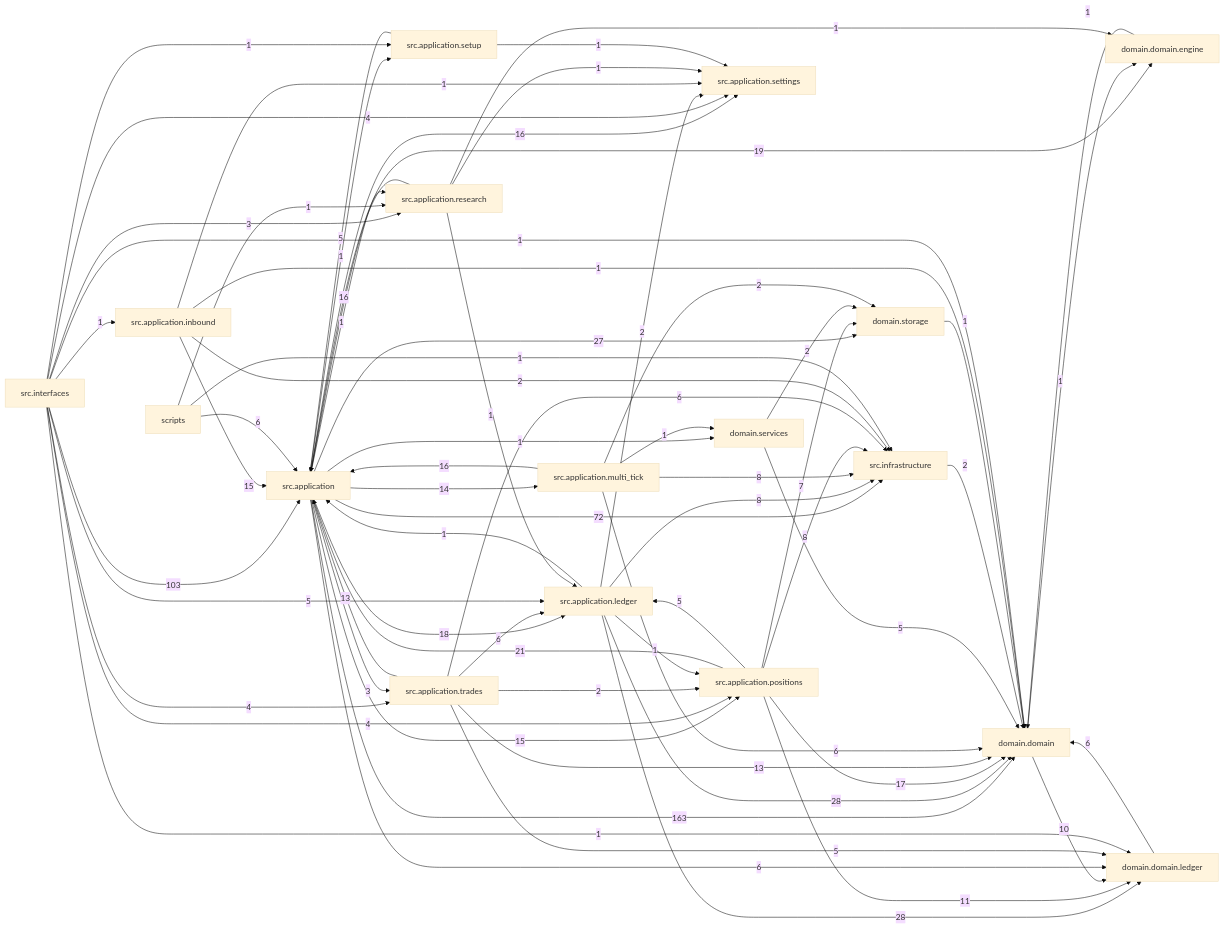
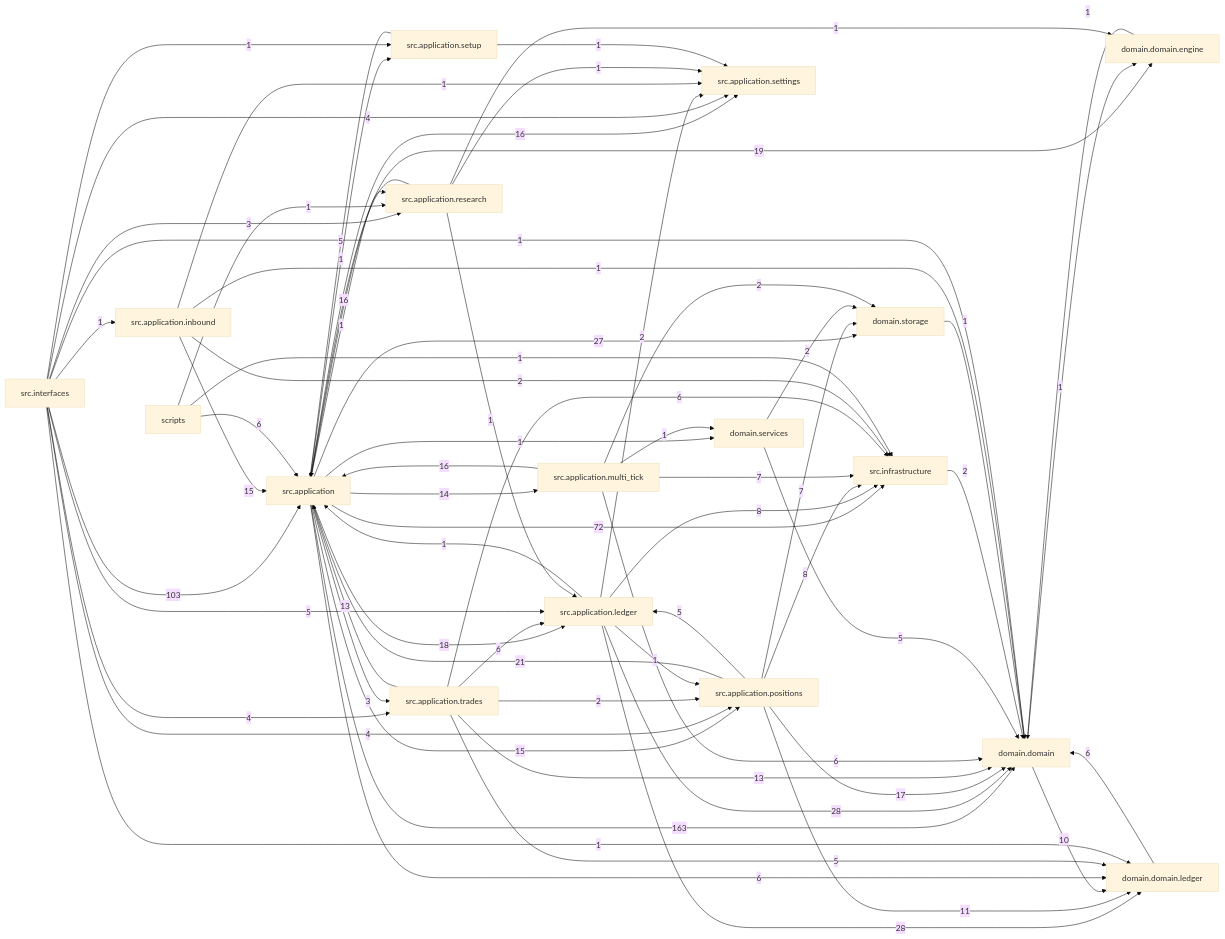
Before and after one commit to liuxie066/options-monitor: the diagram in docs/dependency_graph.mmd, drawn with Mermaid (base theme). The commit also changed 3 other files, not shown here.

```diff
--- a/docs/dependency_graph.mmd
+++ b/docs/dependency_graph.mmd
@@ -1,68 +1,68 @@
 flowchart LR
   src_application["src.application"] -->|163| domain_domain["domain.domain"]
   src_interfaces["src.interfaces"] -->|103| src_application["src.application"]
   src_application["src.application"] -->|72| src_infrastructure["src.infrastructure"]
   src_application_ledger["src.application.ledger"] -->|28| domain_domain["domain.domain"]
   src_application_ledger["src.application.ledger"] -->|28| domain_domain_ledger["domain.domain.ledger"]
   src_application["src.application"] -->|27| domain_storage["domain.storage"]
   src_application_positions["src.application.positions"] -->|21| src_application["src.application"]
   src_application["src.application"] -->|19| domain_domain_engine["domain.domain.engine"]
   src_application["src.application"] -->|18| src_application_ledger["src.application.ledger"]
   src_application_positions["src.application.positions"] -->|17| domain_domain["domain.domain"]
   src_application["src.application"] -->|16| src_application_settings["src.application.settings"]
   src_application_multi_tick["src.application.multi_tick"] -->|16| src_application["src.application"]
   src_application_research["src.application.research"] -->|16| src_application["src.application"]
   src_application["src.application"] -->|15| src_application_positions["src.application.positions"]
   src_application_inbound["src.application.inbound"] -->|15| src_application["src.application"]
   src_application["src.application"] -->|14| src_application_multi_tick["src.application.multi_tick"]
   src_application_trades["src.application.trades"] -->|13| domain_domain["domain.domain"]
   src_application_trades["src.application.trades"] -->|13| src_application["src.application"]
   src_application_positions["src.application.positions"] -->|11| domain_domain_ledger["domain.domain.ledger"]
   domain_domain["domain.domain"] -->|10| domain_domain_ledger["domain.domain.ledger"]
   src_application_ledger["src.application.ledger"] -->|8| src_infrastructure["src.infrastructure"]
-  src_application_multi_tick["src.application.multi_tick"] -->|8| src_infrastructure["src.infrastructure"]
   src_application_positions["src.application.positions"] -->|8| src_infrastructure["src.infrastructure"]
+  src_application_multi_tick["src.application.multi_tick"] -->|7| src_infrastructure["src.infrastructure"]
   src_application_positions["src.application.positions"] -->|7| domain_storage["domain.storage"]
   domain_domain_ledger["domain.domain.ledger"] -->|6| domain_domain["domain.domain"]
   scripts["scripts"] -->|6| src_application["src.application"]
   src_application["src.application"] -->|6| domain_domain_ledger["domain.domain.ledger"]
   src_application_multi_tick["src.application.multi_tick"] -->|6| domain_domain["domain.domain"]
   src_application_trades["src.application.trades"] -->|6| src_application_ledger["src.application.ledger"]
   src_application_trades["src.application.trades"] -->|6| src_infrastructure["src.infrastructure"]
   domain_services["domain.services"] -->|5| domain_domain["domain.domain"]
   src_application_positions["src.application.positions"] -->|5| src_application_ledger["src.application.ledger"]
   src_application_setup["src.application.setup"] -->|5| src_application["src.application"]
   src_application_trades["src.application.trades"] -->|5| domain_domain_ledger["domain.domain.ledger"]
   src_interfaces["src.interfaces"] -->|5| src_application_ledger["src.application.ledger"]
   src_interfaces["src.interfaces"] -->|4| src_application_positions["src.application.positions"]
   src_interfaces["src.interfaces"] -->|4| src_application_settings["src.application.settings"]
   src_interfaces["src.interfaces"] -->|4| src_application_trades["src.application.trades"]
   src_application["src.application"] -->|3| src_application_trades["src.application.trades"]
   src_interfaces["src.interfaces"] -->|3| src_application_research["src.application.research"]
   domain_services["domain.services"] -->|2| domain_storage["domain.storage"]
   src_application_inbound["src.application.inbound"] -->|2| src_infrastructure["src.infrastructure"]
   src_application_ledger["src.application.ledger"] -->|2| src_application_settings["src.application.settings"]
   src_application_multi_tick["src.application.multi_tick"] -->|2| domain_storage["domain.storage"]
   src_application_trades["src.application.trades"] -->|2| src_application_positions["src.application.positions"]
   src_infrastructure["src.infrastructure"] -->|2| domain_domain["domain.domain"]
   domain_domain["domain.domain"] -->|1| domain_domain_engine["domain.domain.engine"]
   domain_domain_engine["domain.domain.engine"] -->|1| domain_domain["domain.domain"]
   domain_storage["domain.storage"] -->|1| domain_domain["domain.domain"]
   scripts["scripts"] -->|1| src_application_research["src.application.research"]
   scripts["scripts"] -->|1| src_infrastructure["src.infrastructure"]
   src_application["src.application"] -->|1| domain_services["domain.services"]
   src_application["src.application"] -->|1| src_application_research["src.application.research"]
   src_application["src.application"] -->|1| src_application_setup["src.application.setup"]
   src_application_inbound["src.application.inbound"] -->|1| domain_domain["domain.domain"]
   src_application_inbound["src.application.inbound"] -->|1| src_application_settings["src.application.settings"]
   src_application_ledger["src.application.ledger"] -->|1| src_application["src.application"]
   src_application_ledger["src.application.ledger"] -->|1| src_application_positions["src.application.positions"]
   src_application_multi_tick["src.application.multi_tick"] -->|1| domain_services["domain.services"]
   src_application_research["src.application.research"] -->|1| domain_domain_engine["domain.domain.engine"]
   src_application_research["src.application.research"] -->|1| src_application_ledger["src.application.ledger"]
   src_application_research["src.application.research"] -->|1| src_application_settings["src.application.settings"]
   src_application_setup["src.application.setup"] -->|1| src_application_settings["src.application.settings"]
   src_interfaces["src.interfaces"] -->|1| domain_domain["domain.domain"]
   src_interfaces["src.interfaces"] -->|1| domain_domain_ledger["domain.domain.ledger"]
   src_interfaces["src.interfaces"] -->|1| src_application_inbound["src.application.inbound"]
   src_interfaces["src.interfaces"] -->|1| src_application_setup["src.application.setup"]
```
